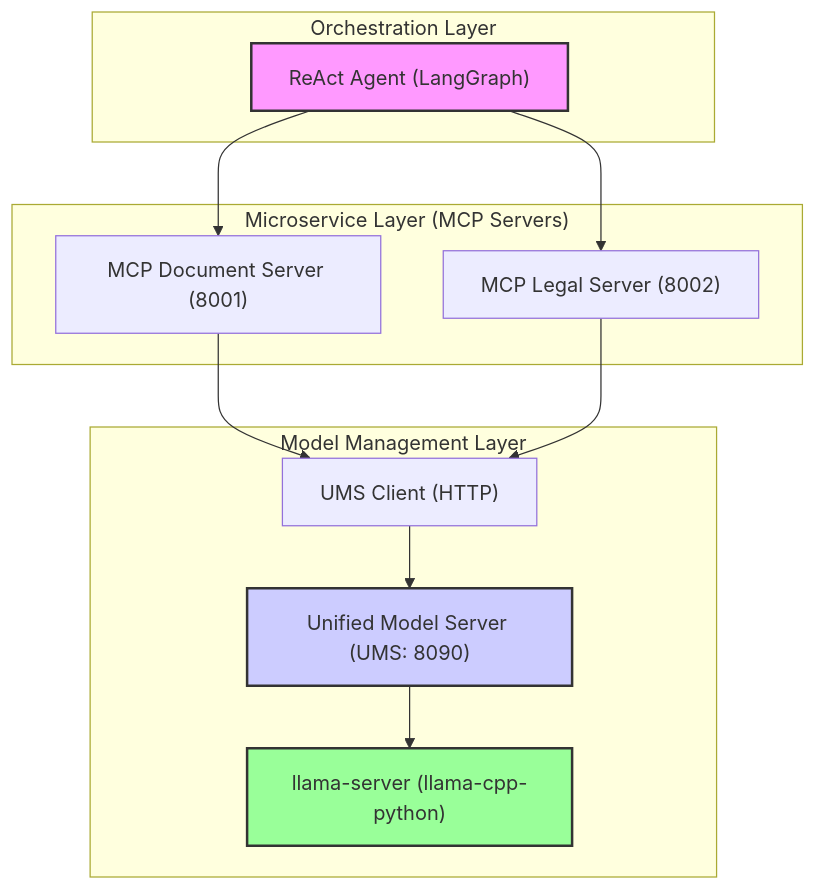
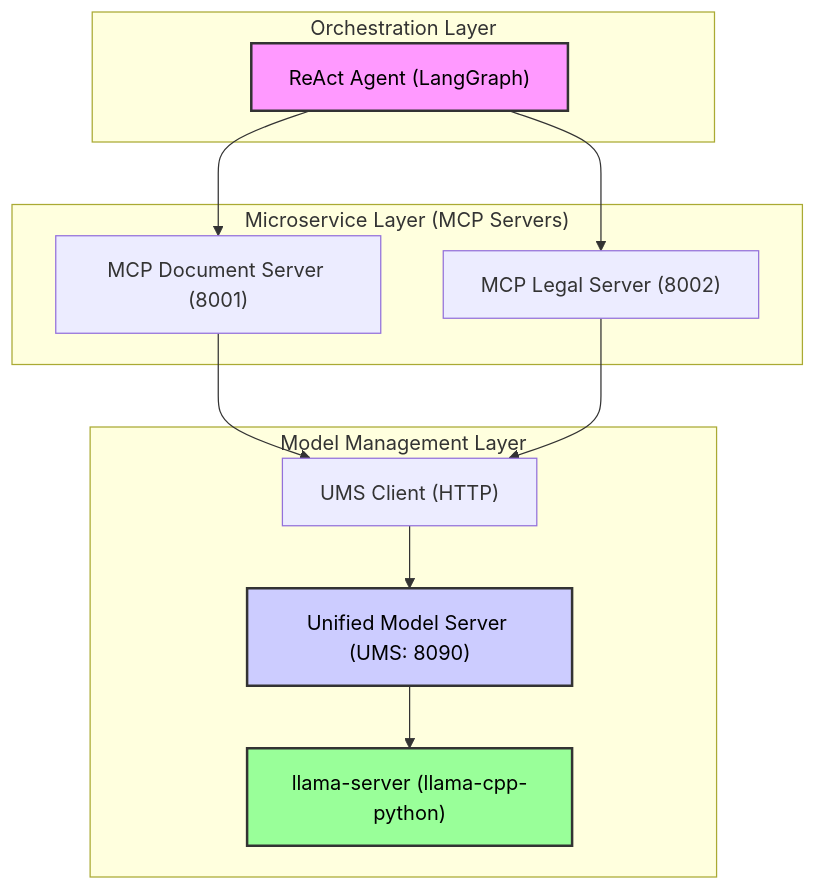
The diagram in react_agent_prototype/README.md (senorfrancesco/llm_agent), drawn with Mermaid before and after one commit.

Commit message:
fix: Adjust Mermaid diagram colors in README.md for better visibility

````diff
--- a/react_agent_prototype/README.md
+++ b/react_agent_prototype/README.md
@@ -9,28 +9,28 @@
 ```mermaid
 graph TD
     subgraph S1 ["Orchestration Layer"]
         A["ReAct Agent (LangGraph)"]
     end
     
     subgraph S2 ["Microservice Layer (MCP Servers)"]
         B["MCP Document Server (8001)"]
         C["MCP Legal Server (8002)"]
     end
     
     subgraph S3 ["Model Management Layer"]
         D["UMS Client (HTTP)"]
         E["Unified Model Server (UMS: 8090)"]
         F["llama-server (llama-cpp-python)"]
     end
     
     A --> B
     A --> C
     B --> D
     C --> D
     D --> E
     E --> F
     
-    style A fill:#f9f,stroke:#333,stroke-width:2px
-    style E fill:#ccf,stroke:#333,stroke-width:2px
-    style F fill:#9f9,stroke:#333,stroke-width:2px
+    style A fill:#f9f,stroke:#333,stroke-width:2px,color:#000
+    style E fill:#ccf,stroke:#333,stroke-width:2px,color:#000
+    style F fill:#9f9,stroke:#333,stroke-width:2px,color:#000
 ```
````
